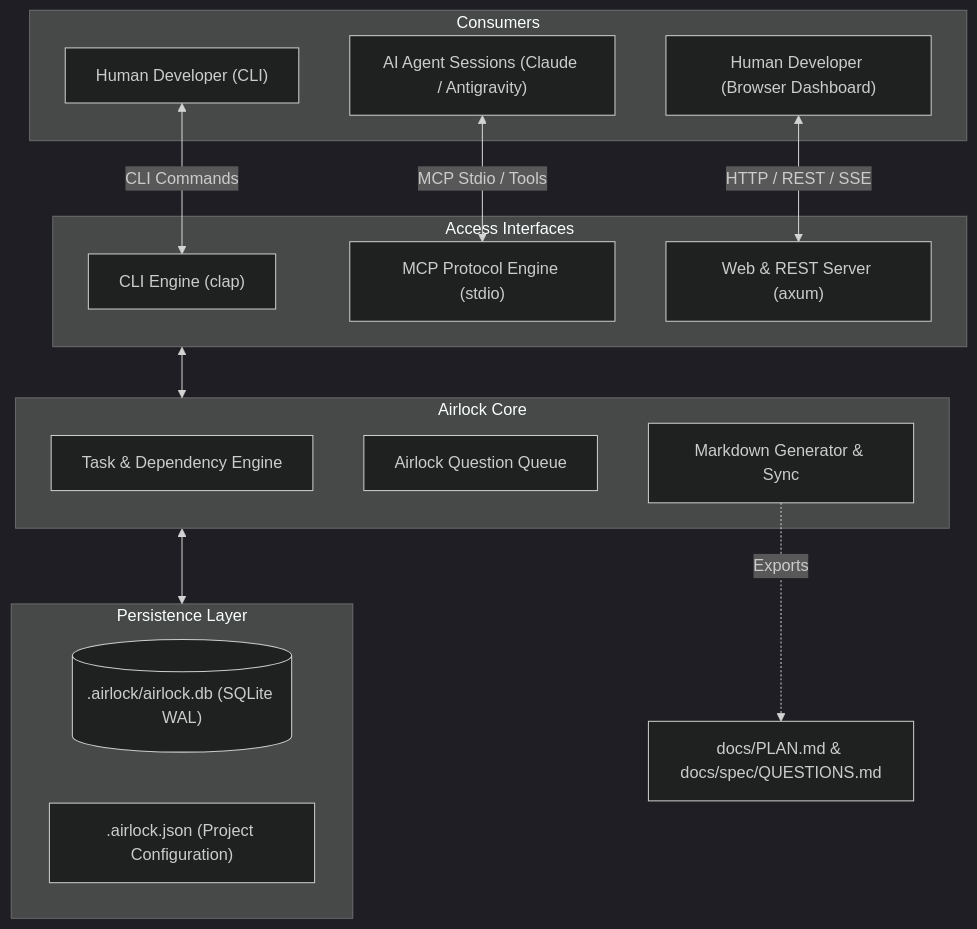
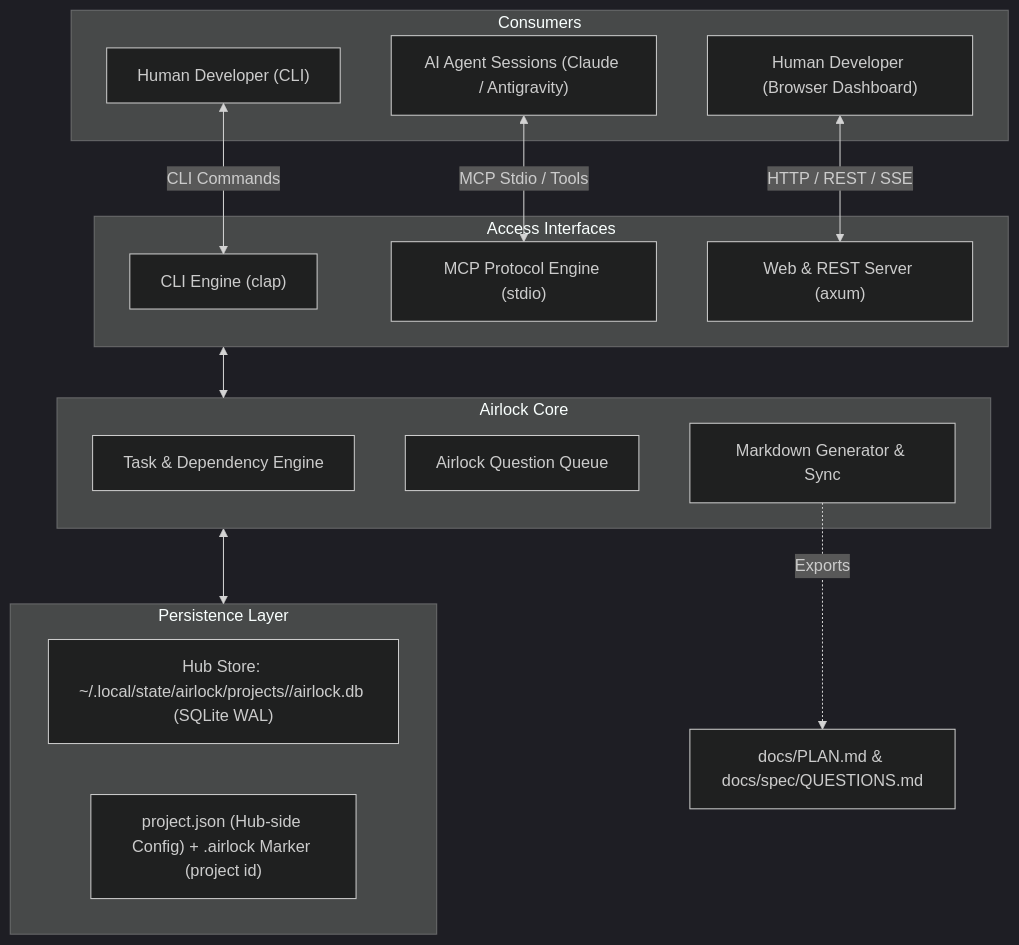
The diagram in PROJECT_OVERVIEW.md (Pappet/airlock), drawn with Mermaid (dark theme) before and after one commit. The commit also changed other lines of this file and 8 other files, not shown here.

First line of the commit message:
docs: adopt central hub architecture with canonical JSON snapshot export

````diff
--- a/PROJECT_OVERVIEW.md
+++ b/PROJECT_OVERVIEW.md
@@ -50,33 +50,33 @@
 ```mermaid
 graph TD
     subgraph Storage ["Persistence Layer"]
-        DB[(".airlock/airlock.db (SQLite WAL)")]
-        Config[".airlock.json (Project Configuration)"]
+        DB["Hub Store: ~/.local/state/airlock/projects/<uuid>/airlock.db (SQLite WAL)"]
+        Config["project.json (Hub-side Config) + .airlock Marker (project id)"]
     end
 
     subgraph CoreEngine ["Airlock Core"]
         TaskEngine["Task & Dependency Engine"]
         QuestionEngine["Airlock Question Queue"]
         SyncEngine["Markdown Generator & Sync"]
     end
 
     subgraph Interfaces ["Access Interfaces"]
         CLIHandler["CLI Engine (clap)"]
         MCPHandler["MCP Protocol Engine (stdio)"]
         WebHandler["Web & REST Server (axum)"]
     end
 
     subgraph Consumers ["Consumers"]
         AgentSession["AI Agent Sessions (Claude / Antigravity)"]
         TerminalUser["Human Developer (CLI)"]
         WebBrowser["Human Developer (Browser Dashboard)"]
     end
 
     Interfaces <--> CoreEngine
     CoreEngine <--> Storage
     SyncEngine -.->|Exports| GitFiles["docs/PLAN.md & docs/spec/QUESTIONS.md"]
 
     AgentSession <-->|MCP Stdio / Tools| MCPHandler
     TerminalUser <-->|CLI Commands| CLIHandler
     WebBrowser <-->|HTTP / REST / SSE| WebHandler
 ```
````
